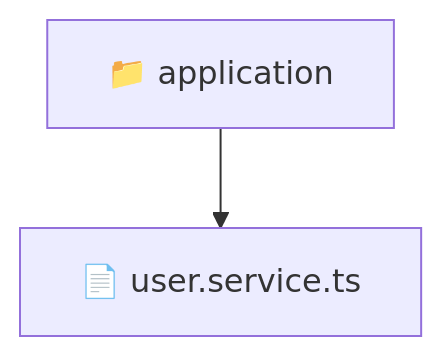
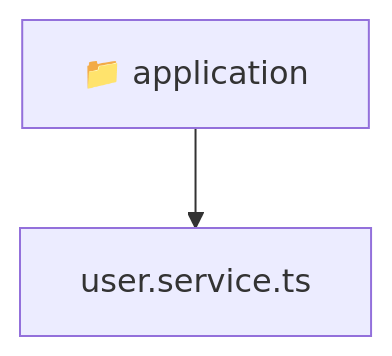
The diagram in backend/src/modules/user/application/README.md (beginwebdev2002/fullstack-mavluda), drawn with Mermaid before and after one commit. The commit also changed other lines of this file and 167 other files, not shown here.

````diff
--- a/backend/src/modules/user/application/README.md
+++ b/backend/src/modules/user/application/README.md
@@ -9,5 +9,6 @@
 ```mermaid
 graph TD
-  Root["📁 application"]
-  Root --> user_service_ts["📄 user.service.ts"]
+  Root_application["📁 application"]
+  f_user_service_ts["user.service.ts"]
+  Root_application --> f_user_service_ts
 ```
````
